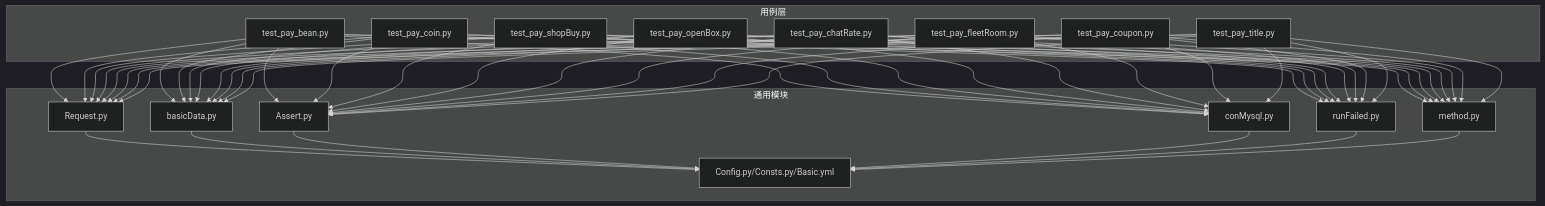
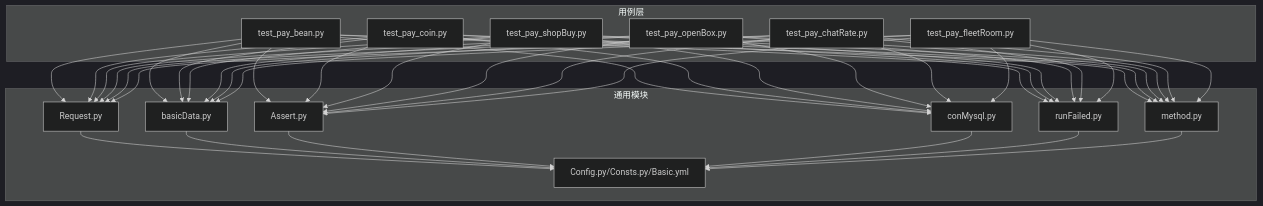
One commit to liximing1-ola/qa-payTest changed the fifth of 5 diagrams in .qoder/repowiki/zh/content/支付测试用例/支付测试用例.md. Above: the diagram before and after it, drawn with Mermaid (dark theme). The commit also changed other lines of this file and 14 other files, not shown here.

````diff
--- a/.qoder/repowiki/zh/content/支付测试用例/支付测试用例.md
+++ b/.qoder/repowiki/zh/content/支付测试用例/支付测试用例.md
@@ -291,76 +324,62 @@
 ```mermaid
 graph TB
 subgraph "用例层"
 T1["test_pay_bean.py"]
 T2["test_pay_coin.py"]
 T3["test_pay_shopBuy.py"]
 T4["test_pay_openBox.py"]
 T5["test_pay_chatRate.py"]
 T6["test_pay_fleetRoom.py"]
-T7["test_pay_coupon.py"]
-T8["test_pay_title.py"]
 end
 subgraph "通用模块"
 R["Request.py"]
 B["basicData.py"]
 A["Assert.py"]
 M["conMysql.py"]
 C["Config.py/Consts.py/Basic.yml"]
 RF["runFailed.py"]
 MT["method.py"]
 end
 T1 --> R
 T2 --> R
 T3 --> R
 T4 --> R
 T5 --> R
 T6 --> R
-T7 --> R
-T8 --> R
 T1 --> B
 T2 --> B
 T3 --> B
 T4 --> B
 T5 --> B
 T6 --> B
-T7 --> B
-T8 --> B
 T1 --> A
 T2 --> A
 T3 --> A
 T4 --> A
 T5 --> A
 T6 --> A
-T7 --> A
-T8 --> A
 T1 --> M
 T2 --> M
 T3 --> M
 T4 --> M
 T5 --> M
 T6 --> M
-T7 --> M
-T8 --> M
 T1 --> RF
 T2 --> RF
 T3 --> RF
 T4 --> RF
 T5 --> RF
 T6 --> RF
-T7 --> RF
-T8 --> RF
 T1 --> MT
 T2 --> MT
 T3 --> MT
 T4 --> MT
 T5 --> MT
 T6 --> MT
-T7 --> MT
-T8 --> MT
 R --> C
 B --> C
 A --> C
 M --> C
 RF --> C
 MT --> C
 ```
````
